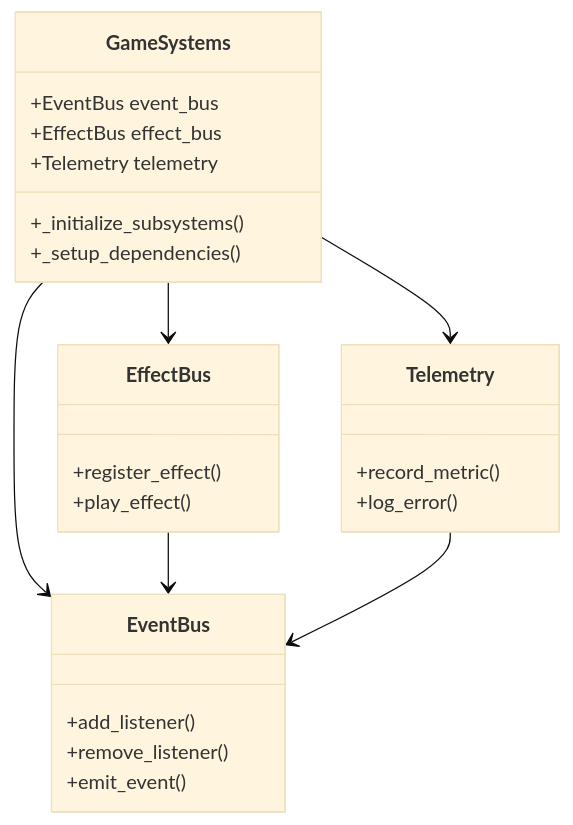
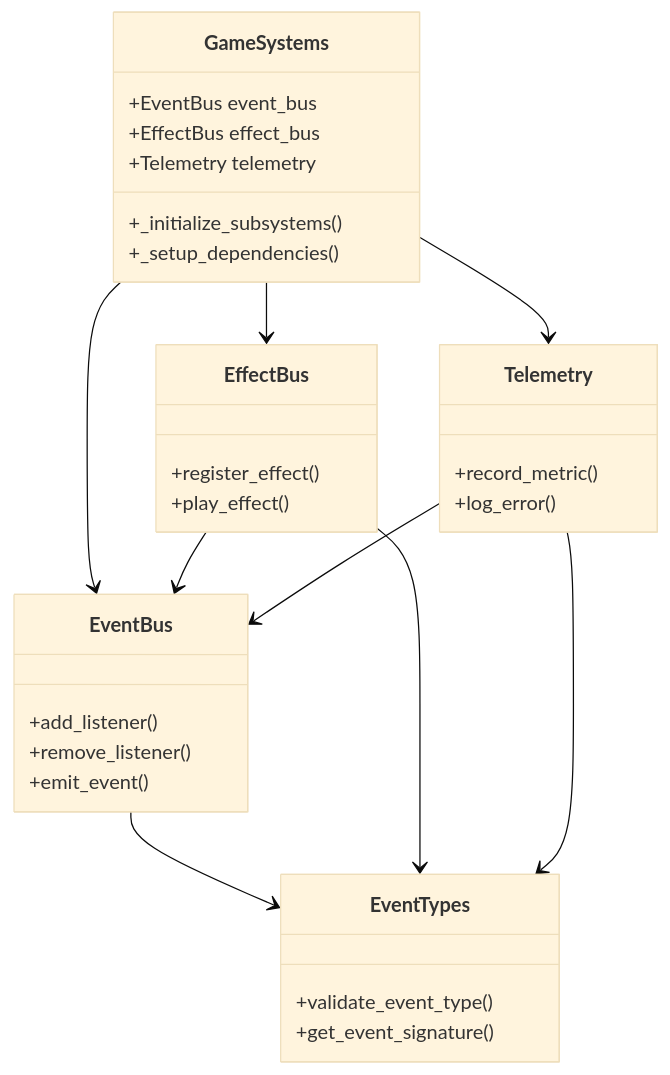
One commit to nel2116/GodotGame changed the diagram in Docs/10_CoreDocs/15_ImplementationSpecs/15.1_GameSystems.md. Above: the diagram before and after it, drawn with Mermaid (base theme). The commit also changed other lines of this file and 65 other files, not shown here.

````diff
--- a/Docs/10_CoreDocs/15_ImplementationSpecs/15.1_GameSystems.md
+++ b/Docs/10_CoreDocs/15_ImplementationSpecs/15.1_GameSystems.md
@@ -46,32 +49,40 @@
 ```mermaid
 classDiagram
     class GameSystems {
         +EventBus event_bus
         +EffectBus effect_bus
         +Telemetry telemetry
         +_initialize_subsystems()
         +_setup_dependencies()
     }
 
     class EventBus {
         +add_listener()
         +remove_listener()
         +emit_event()
+    }
+
+    class EventTypes {
+        +validate_event_type()
+        +get_event_signature()
     }
 
     class EffectBus {
         +register_effect()
         +play_effect()
     }
 
     class Telemetry {
         +record_metric()
         +log_error()
     }
 
     GameSystems --> EventBus
     GameSystems --> EffectBus
     GameSystems --> Telemetry
     EffectBus --> EventBus
     Telemetry --> EventBus
+    EventBus --> EventTypes
+    EffectBus --> EventTypes
+    Telemetry --> EventTypes
 ```
````
